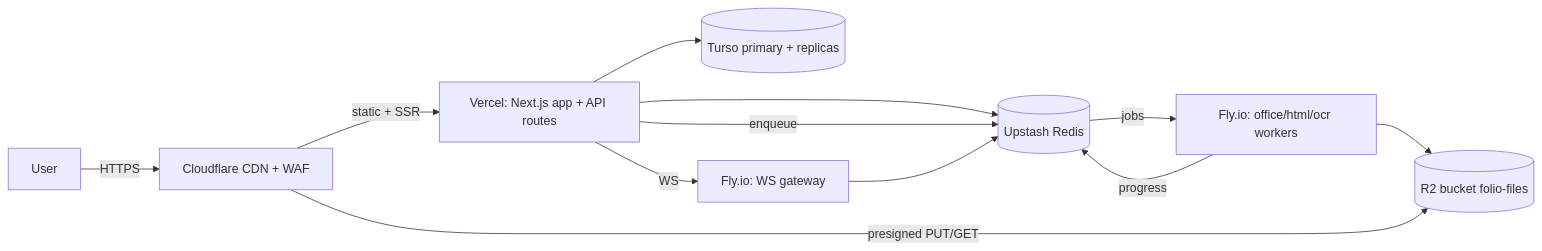
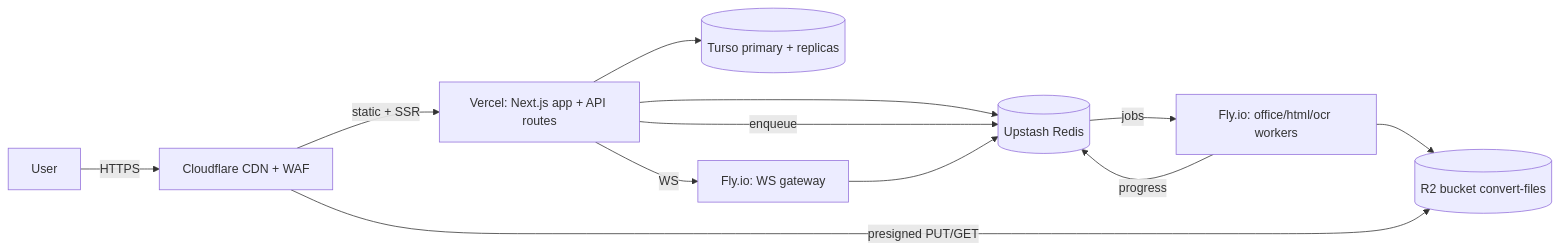
One commit to jobelGolde12/covert changed the diagram in documentation/deployment.md. Above: the diagram before and after it, drawn with Mermaid. The commit also changed other lines of this file and 45 other files, not shown here.

````diff
--- a/documentation/deployment.md
+++ b/documentation/deployment.md
@@ -12,14 +12,14 @@
 ```mermaid
 flowchart LR
     U[User] -->|HTTPS| CF[Cloudflare CDN + WAF]
     CF -->|static + SSR| V[Vercel: Next.js app + API routes]
-    CF -->|presigned PUT/GET| R2[(R2 bucket folio-files)]
+    CF -->|presigned PUT/GET| R2[(R2 bucket convert-files)]
     V --> T[(Turso primary + replicas)]
     V --> R[(Upstash Redis)]
     V -->|enqueue| R
     R -->|jobs| F[Fly.io: office/html/ocr workers]
     F --> R2
     F -->|progress| R
     V -->|WS| G[Fly.io: WS gateway]
     G --> R
 ```
````
